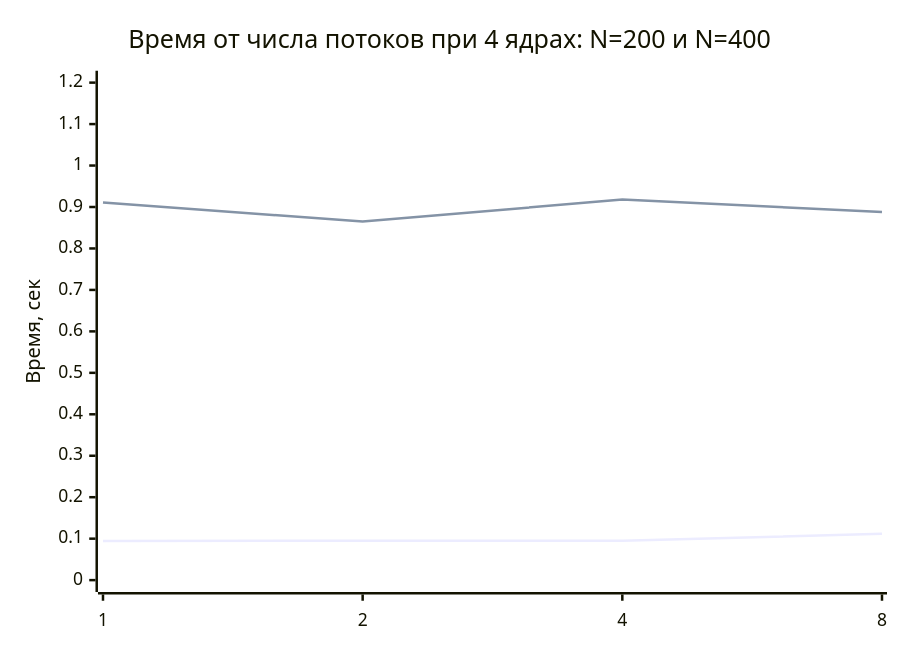
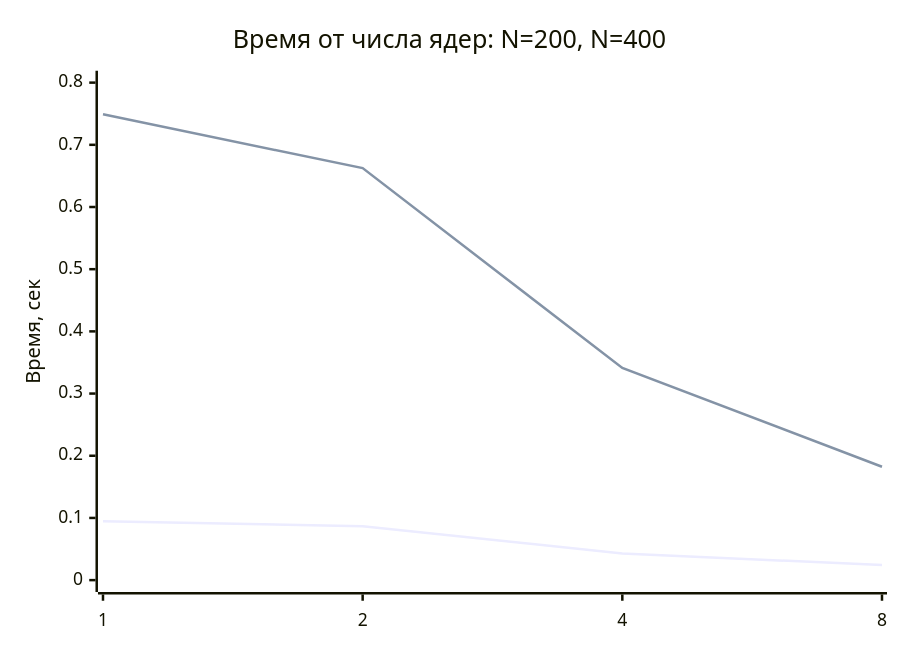
One commit to sanek4338/Parallelnoe_Programming changed the third of 8 diagrams in README.md. Above: the diagram before and after it, drawn with Mermaid. The commit also changed other lines of this file and 1 other file, not shown here.

````diff
--- a/README.md
+++ b/README.md
@@ -112,8 +159,8 @@
 ```mermaid
 xychart-beta
-    title "Время от числа потоков при 4 ядрах: N=200 и N=400"
+    title "Время от числа ядер: N=200, N=400"
     x-axis [1, 2, 4, 8]
-    y-axis "Время, сек" 0 --> 1.2
-    line "N=200" [0.094520, 0.095234, 0.094870, 0.111946]
-    line "N=400" [0.910782, 0.864745, 0.917968, 0.888135]
+    y-axis "Время, сек" 0 --> 0.8
+    line "N=200" [0.094636, 0.086657, 0.042853, 0.024178]
+    line "N=400" [0.749005, 0.662545, 0.341140, 0.182351]
 ```
````
